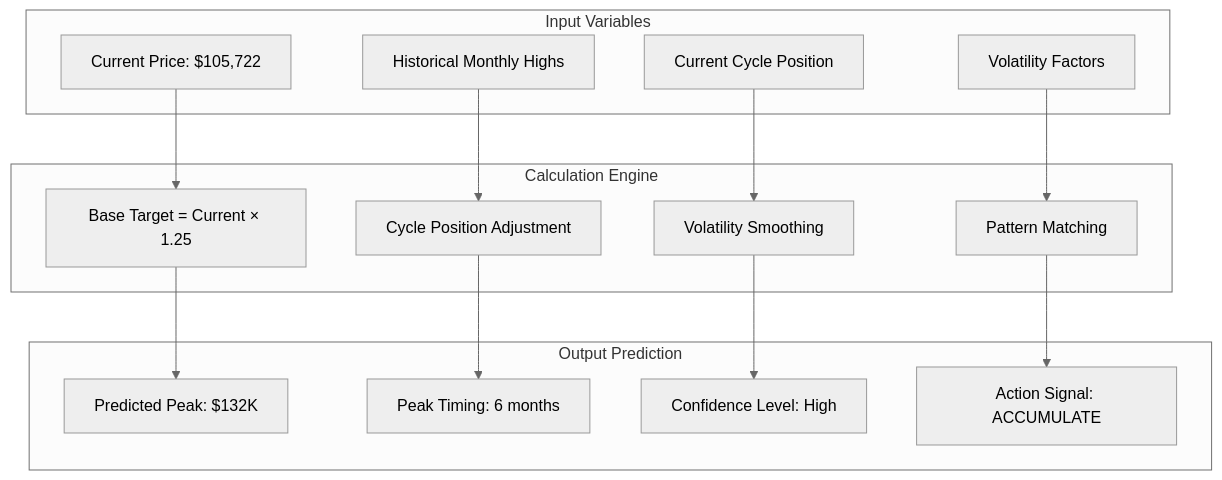
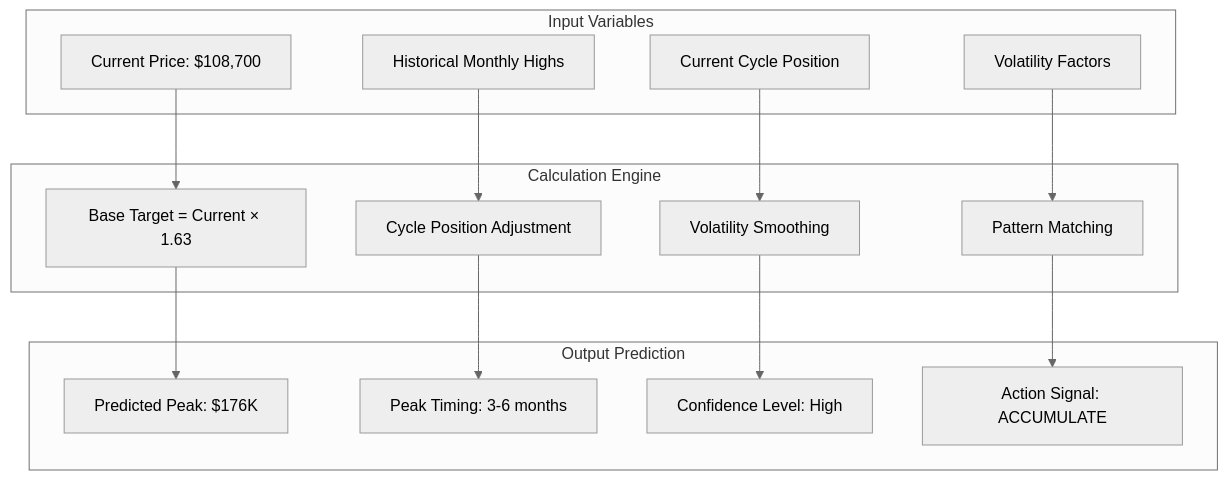
The sixth of 10 diagrams in ARCHITECTURE.md (oxnr/picotop), drawn with Mermaid (neutral theme) before and after one commit. The commit also changed other lines of this file and 14 other files, not shown here.

````diff
--- a/ARCHITECTURE.md
+++ b/ARCHITECTURE.md
@@ -202,33 +205,33 @@
 ```mermaid
 graph TB
     subgraph "Input Variables"
-        CurrentPrice[Current Price: $105,722]
+        CurrentPrice[Current Price: $108,700]
         HistoricalData[Historical Monthly Highs]
         CyclePosition[Current Cycle Position]
         VolatilityFactors[Volatility Factors]
     end
     
     subgraph "Calculation Engine"
-        BaseTarget[Base Target = Current × 1.25]
+        BaseTarget[Base Target = Current × 1.63]
         CycleAdjustment[Cycle Position Adjustment]
         VolatilitySmoothing[Volatility Smoothing]
         PatternMatching[Pattern Matching]
     end
     
     subgraph "Output Prediction"
-        PredictedPeak[Predicted Peak: $132K]
-        PeakTiming[Peak Timing: 6 months]
+        PredictedPeak[Predicted Peak: $176K]
+        PeakTiming[Peak Timing: 3-6 months]
         ConfidenceLevel[Confidence Level: High]
         ActionSignal[Action Signal: ACCUMULATE]
     end
     
     CurrentPrice --> BaseTarget
     HistoricalData --> CycleAdjustment
     CyclePosition --> VolatilitySmoothing
     VolatilityFactors --> PatternMatching
     
     BaseTarget --> PredictedPeak
     CycleAdjustment --> PeakTiming
     VolatilitySmoothing --> ConfidenceLevel
     PatternMatching --> ActionSignal
 ```
````
